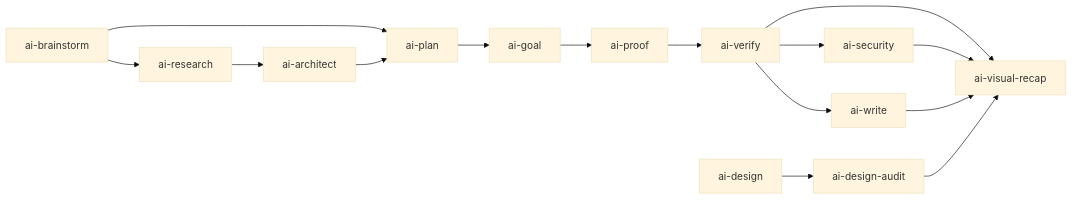
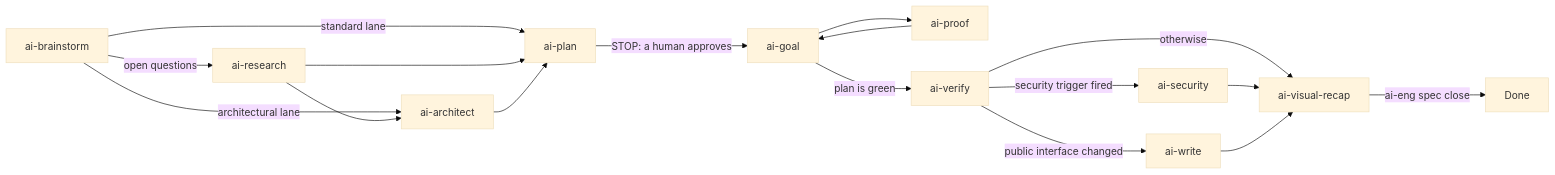
Before and after one commit to arcasilesgroup/ai-engineering: the diagram in README.md, drawn with Mermaid (base theme). The commit also changed other lines of this file and 91 other files, not shown here.

````diff
--- a/README.md
+++ b/README.md
@@ -225,17 +151,19 @@
 ```mermaid
 flowchart LR
-  B[ai-brainstorm] --> R[ai-research]
-  B --> P[ai-plan]
-  R --> A[ai-architect]
+  B[ai-brainstorm] -->|open questions| R[ai-research]
+  B -->|architectural lane| A[ai-architect]
+  B -->|standard lane| P[ai-plan]
+  R --> A
+  R --> P
   A --> P
-  P --> G[ai-goal]
+  P -->|STOP: a human approves| G[ai-goal]
   G --> PR[ai-proof]
-  PR --> V[ai-verify]
-  V --> S[ai-security]
-  V --> W[ai-write]
-  V --> RC[ai-visual-recap]
+  PR --> G
+  G -->|plan is green| V[ai-verify]
+  V -->|security trigger fired| S[ai-security]
+  V -->|public interface changed| W[ai-write]
+  V -->|otherwise| RC[ai-visual-recap]
   S --> RC
   W --> RC
-  D[ai-design] --> DA[ai-design-audit]
-  DA --> RC
+  RC -->|ai-eng spec close| D[Done]
 ```
````
